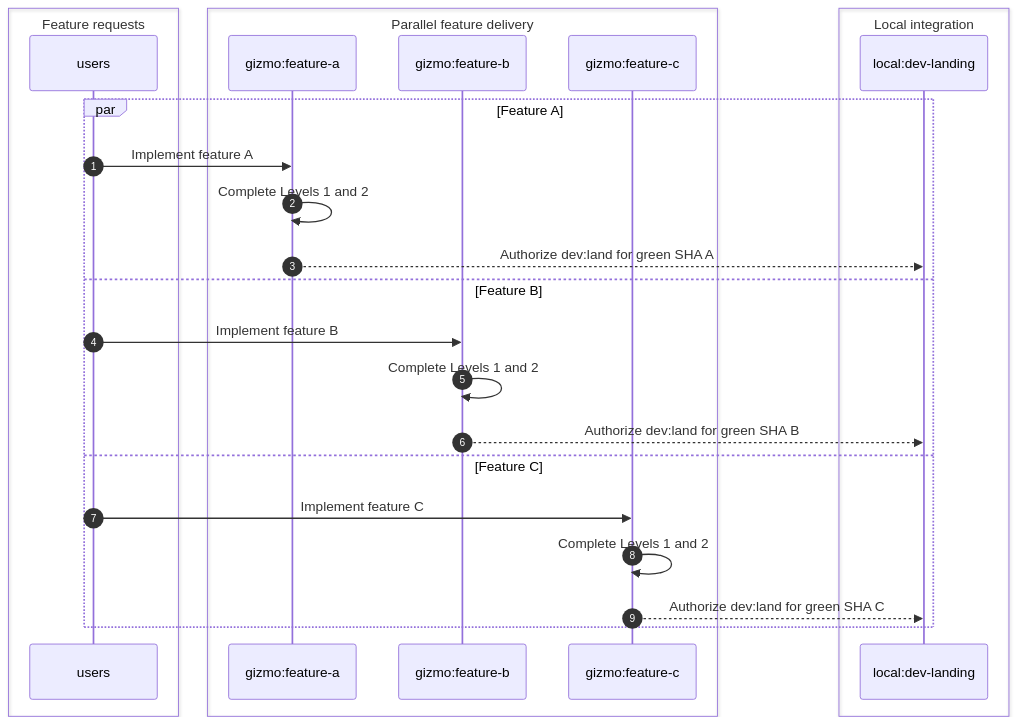
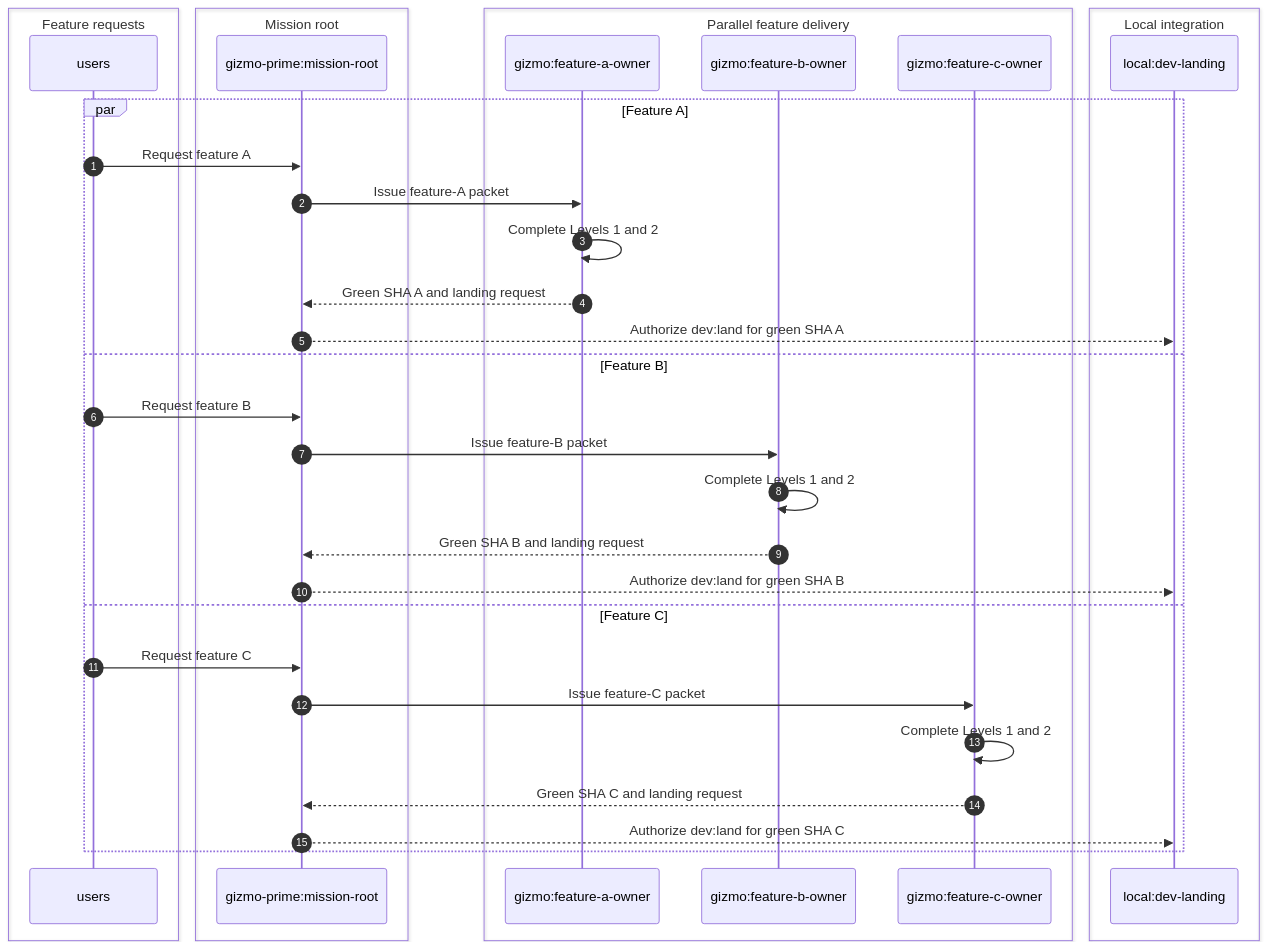
Before and after one commit to meta-secret/nook: the eighth of 12 diagrams in .cortex/gizmo/architecture/multiagent-delivery-diagrams.md, drawn with Mermaid. The commit also changed other lines of this file and 14 other files, not shown here.

````diff
--- a/.cortex/gizmo/architecture/multiagent-delivery-diagrams.md
+++ b/.cortex/gizmo/architecture/multiagent-delivery-diagrams.md
@@ -188,32 +271,42 @@
 ```mermaid
 sequenceDiagram
     autonumber
 
     box Feature requests
         participant Users as users
     end
 
+    box Mission root
+        participant Prime as gizmo-prime:mission-root
+    end
+
     box Parallel feature delivery
-        participant A as gizmo:feature-a
-        participant B as gizmo:feature-b
-        participant C as gizmo:feature-c
+        participant A as gizmo:feature-a-owner
+        participant B as gizmo:feature-b-owner
+        participant C as gizmo:feature-c-owner
     end
 
     box Local integration
         participant Landing as local:dev-landing
     end
 
     par Feature A
-        Users->>A: Implement feature A
+        Users->>Prime: Request feature A
+        Prime->>A: Issue feature-A packet
         A->>A: Complete Levels 1 and 2
-        A-->>Landing: Authorize dev:land for green SHA A
+        A-->>Prime: Green SHA A and landing request
+        Prime-->>Landing: Authorize dev:land for green SHA A
     and Feature B
-        Users->>B: Implement feature B
+        Users->>Prime: Request feature B
+        Prime->>B: Issue feature-B packet
         B->>B: Complete Levels 1 and 2
-        B-->>Landing: Authorize dev:land for green SHA B
+        B-->>Prime: Green SHA B and landing request
+        Prime-->>Landing: Authorize dev:land for green SHA B
     and Feature C
-        Users->>C: Implement feature C
+        Users->>Prime: Request feature C
+        Prime->>C: Issue feature-C packet
         C->>C: Complete Levels 1 and 2
-        C-->>Landing: Authorize dev:land for green SHA C
+        C-->>Prime: Green SHA C and landing request
+        Prime-->>Landing: Authorize dev:land for green SHA C
     end
 ```
````
